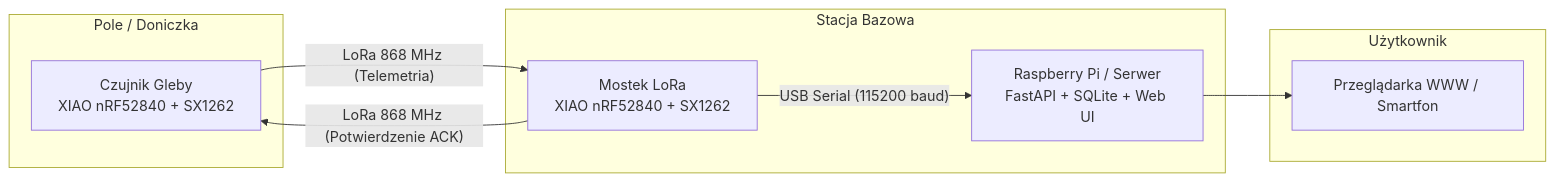
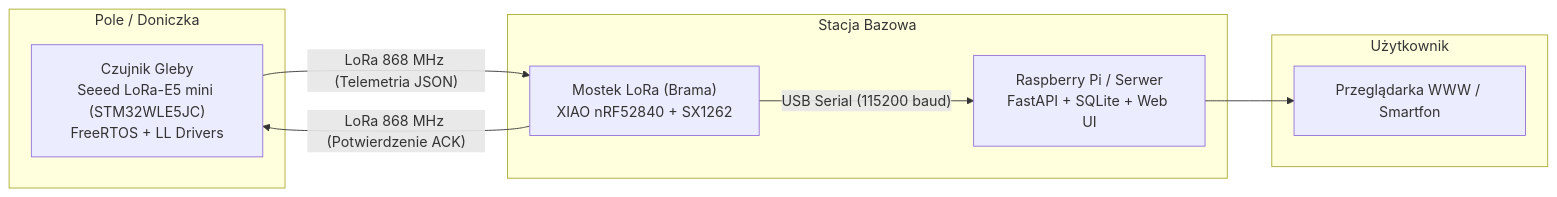
Before and after one commit to bejekk/LoRa_mesh: the first of 2 diagrams in README.md, drawn with Mermaid. The commit also changed other lines of this file and 153 other files, not shown here.

Commit message:
Add STM32WLE5 LoRa-E5 mini sensor project generated from CubeMX

````diff
--- a/README.md
+++ b/README.md
@@ -13,20 +16,20 @@
 ```mermaid
 flowchart LR
     subgraph Pole / Doniczka
-        S[Czujnik Gleby<br/>XIAO nRF52840 + SX1262]
+        S["Czujnik Gleby<br/>Seeed LoRa-E5 mini (STM32WLE5JC)<br/>FreeRTOS + LL Drivers"]
     end
 
     subgraph Stacja Bazowa
-        B[Mostek LoRa<br/>XIAO nRF52840 + SX1262]
-        RPi[Raspberry Pi / Serwer<br/>FastAPI + SQLite + Web UI]
+        B["Mostek LoRa (Brama)<br/>XIAO nRF52840 + SX1262"]
+        RPi["Raspberry Pi / Serwer<br/>FastAPI + SQLite + Web UI"]
     end
 
     subgraph Użytkownik
-        W[Przeglądarka WWW / Smartfon]
+        W["Przeglądarka WWW / Smartfon"]
     end
 
-    S -- "LoRa 868 MHz (Telemetria)" --> B
+    S -- "LoRa 868 MHz (Telemetria JSON)" --> B
     B -- "LoRa 868 MHz (Potwierdzenie ACK)" --> S
     B -- "USB Serial (115200 baud)" --> RPi
     RPi --> W
 ```
````
